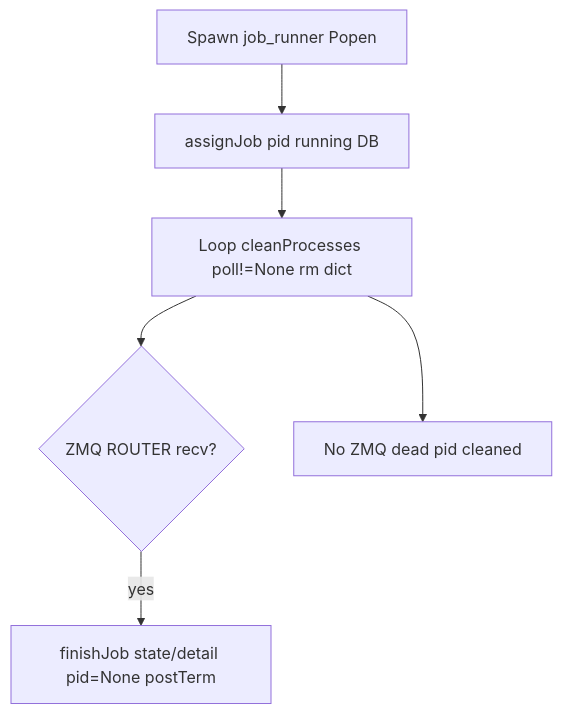
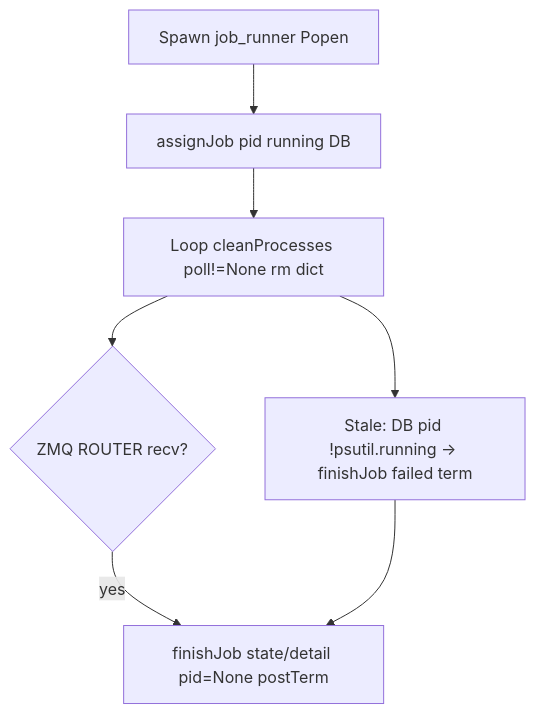
Diagram 11 of 11 in .roo/rules/insights_app.md (pyops-project/pyops), drawn with Mermaid before and after one commit. The commit also changed other lines of this file and 8 other files, not shown here.

````diff
--- a/.roo/rules/insights_app.md
+++ b/.roo/rules/insights_app.md
@@ -429,8 +438,9 @@
 ```mermaid
 flowchart TD
     Spawn[Spawn job_runner Popen] --> Assign[assignJob pid running DB]
     Assign --> Loop[Loop cleanProcesses poll!=None rm dict]
     Loop --> ZMQ{ZMQ ROUTER recv?}
     ZMQ -->|yes| Finish[finishJob state/detail pid=None postTerm]
-    Loop --> NoZMQ[No ZMQ dead pid cleaned]
+    Loop --> Stale[Stale: DB pid !psutil.running → finishJob failed term]
+    Stale --> Finish
 ```
````
